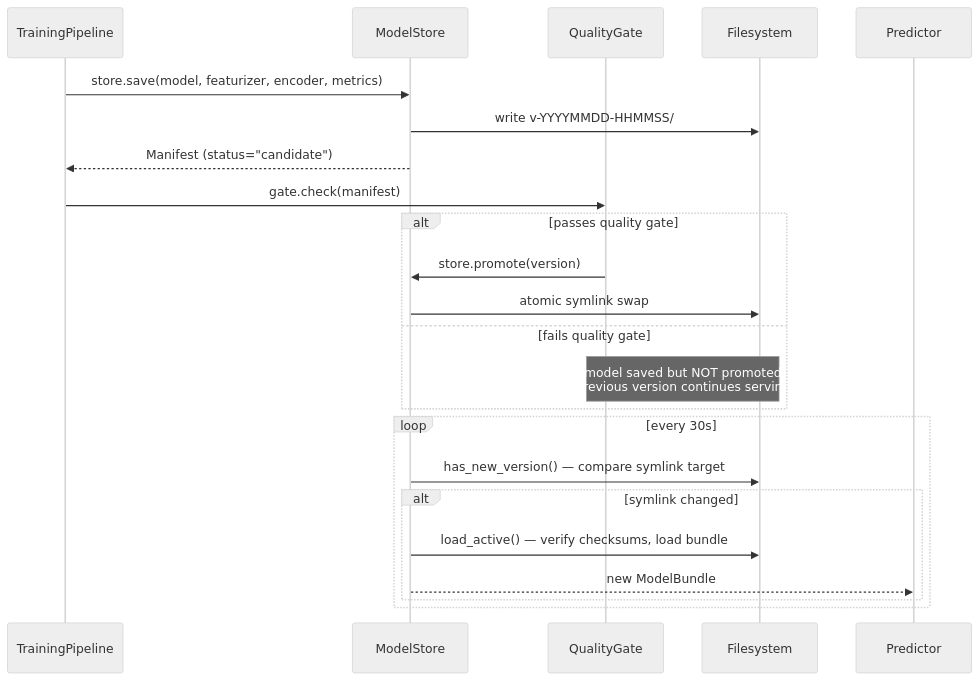
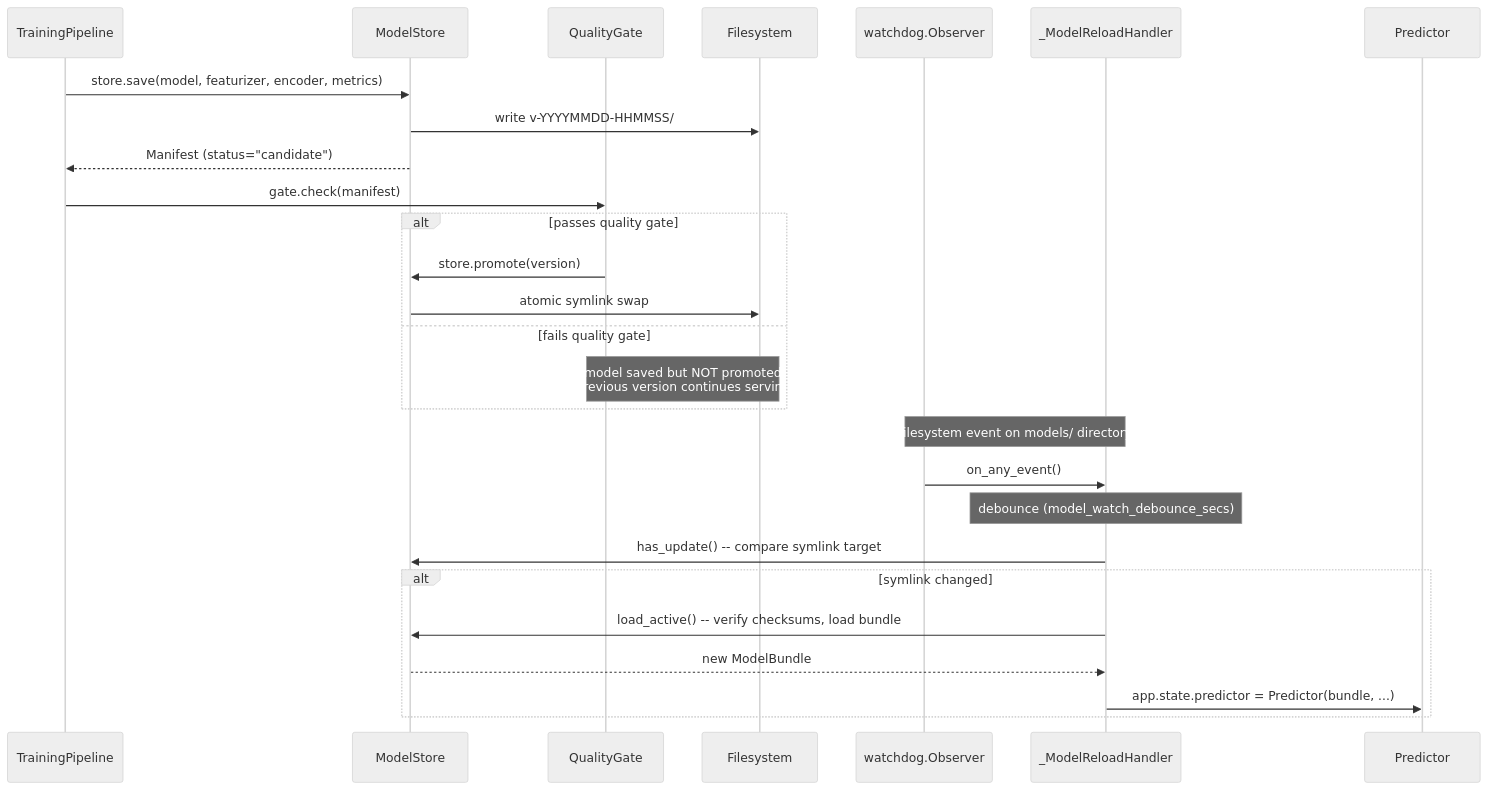
One commit to nlorber/transaction-classifier changed the second of 3 diagrams in docs/DESIGN.md. Above: the diagram before and after it, drawn with Mermaid (neutral theme). The commit also changed other lines of this file, not shown here.

Commit message:
docs: update DESIGN.md for single-tenant architecture and new features

````diff
--- a/docs/DESIGN.md
+++ b/docs/DESIGN.md
@@ -142,28 +154,32 @@
 ```mermaid
 sequenceDiagram
     participant T as TrainingPipeline
     participant S as ModelStore
     participant V as QualityGate
     participant FS as Filesystem
+    participant W as watchdog.Observer
+    participant H as _ModelReloadHandler
     participant P as Predictor
 
     T->>S: store.save(model, featurizer, encoder, metrics)
     S->>FS: write v-YYYYMMDD-HHMMSS/
     S-->>T: Manifest (status="candidate")
 
     T->>V: gate.check(manifest)
     alt passes quality gate
         V->>S: store.promote(version)
         S->>FS: atomic symlink swap
     else fails quality gate
         Note over V,FS: model saved but NOT promoted<br/>previous version continues serving
     end
 
-    loop every 30s
-        S->>FS: has_new_version() — compare symlink target
-        alt symlink changed
-            S->>FS: load_active() — verify checksums, load bundle
-            S-->>P: new ModelBundle
-        end
+    Note over W,H: filesystem event on models/ directory
+    W->>H: on_any_event()
+    Note over H: debounce (model_watch_debounce_secs)
+    H->>S: has_update() -- compare symlink target
+    alt symlink changed
+        H->>S: load_active() -- verify checksums, load bundle
+        S-->>H: new ModelBundle
+        H->>P: app.state.predictor = Predictor(bundle, ...)
     end
 ```
````
